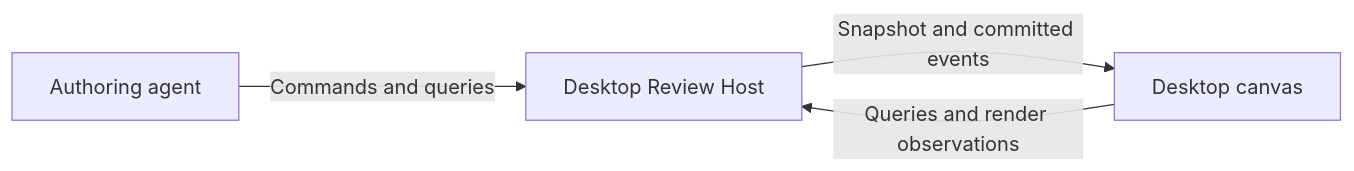
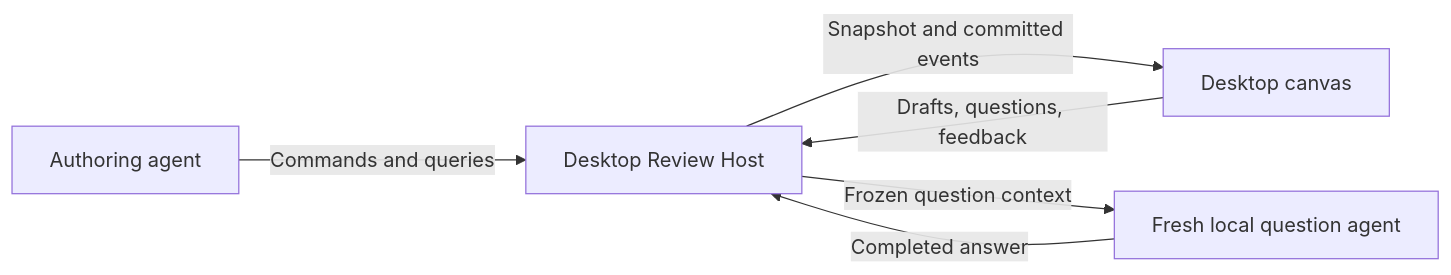
One commit to devdotfast/review changed the diagram in docs/how-review-works.md. Above: the diagram before and after it, drawn with Mermaid. The commit also changed other lines of this file and 46 other files, not shown here.

Commit message:
Add host-owned feedback and fresh local review questions

````diff
--- a/docs/how-review-works.md
+++ b/docs/how-review-works.md
@@ -5,6 +5,8 @@
 ```mermaid
 flowchart LR
   A[Authoring agent] -->|Commands and queries| H[Desktop Review Host]
   H -->|Snapshot and committed events| V[Desktop canvas]
-  V -->|Queries and render observations| H
+  V -->|Drafts, questions, feedback| H
+  H -->|Frozen question context| Q[Fresh local question agent]
+  Q -->|Completed answer| H
 ```
````
